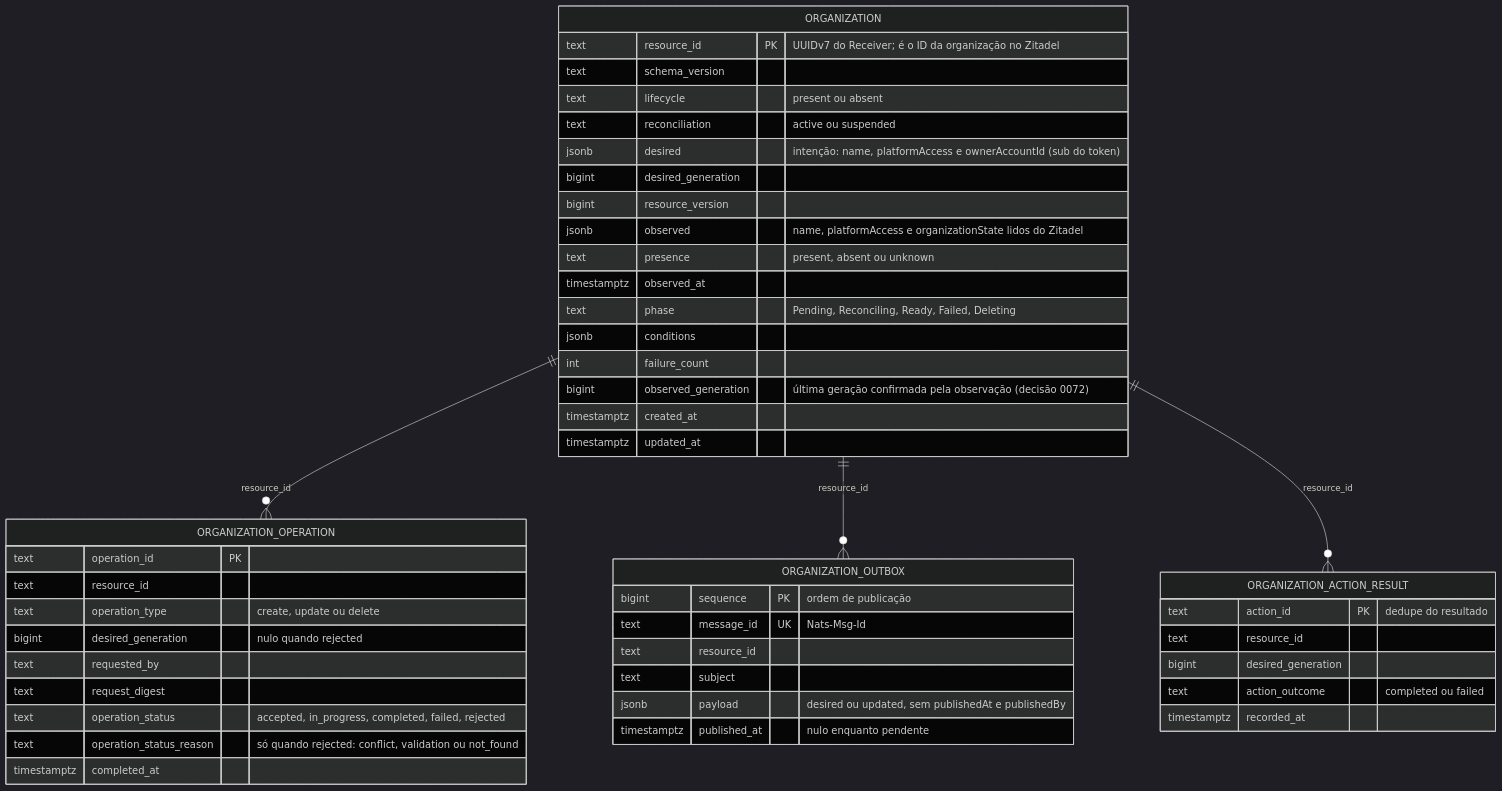
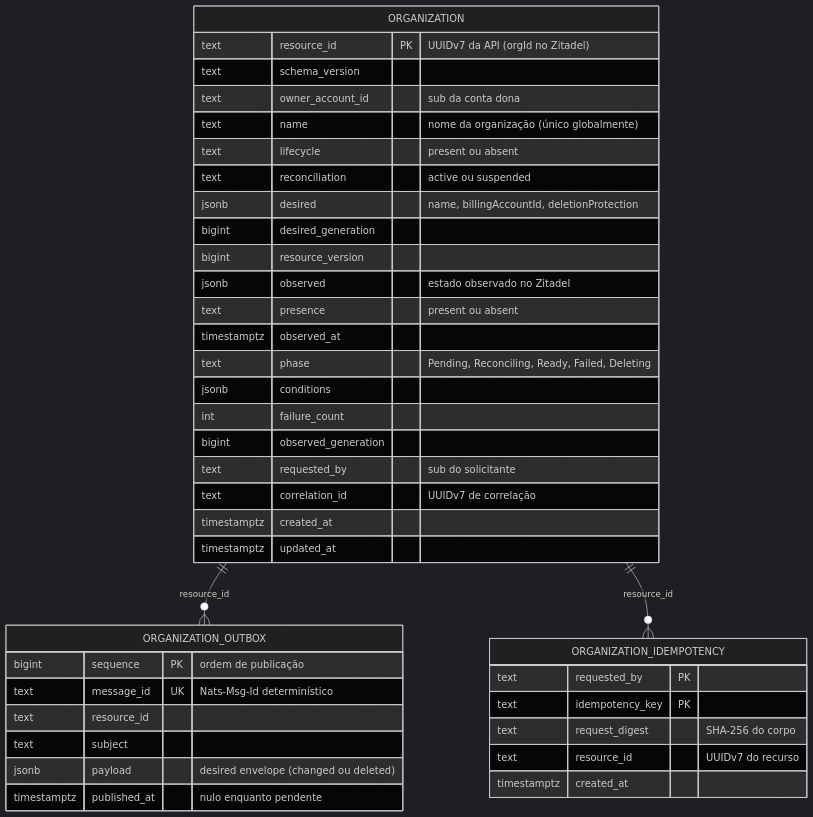
One commit to danielsabatini/smarkee changed the diagram in features/ipm/organization/docs/database/01-er-fisico.mmd. Above: the diagram before and after it, drawn with Mermaid (dark theme). The commit also changed 86 other files, not shown here.

Commit message:
docs(ipm): atualiza diagramas e fluxo de dados de organization, permission, user e serviceaccount

```diff
--- a/features/ipm/organization/docs/database/01-er-fisico.mmd
+++ b/features/ipm/organization/docs/database/01-er-fisico.mmd
@@ -1,49 +1,41 @@
 erDiagram
-    ORGANIZATION ||--o{ ORGANIZATION_OPERATION : "resource_id"
     ORGANIZATION ||--o{ ORGANIZATION_OUTBOX : "resource_id"
-    ORGANIZATION ||--o{ ORGANIZATION_ACTION_RESULT : "resource_id"
+    ORGANIZATION ||--o{ ORGANIZATION_IDEMPOTENCY : "resource_id"
 
     ORGANIZATION {
-        text resource_id PK "UUIDv7 do Receiver; é o ID da organização no Zitadel"
+        text resource_id PK "UUIDv7 da API (orgId no Zitadel)"
         text schema_version
+        text owner_account_id "sub da conta dona"
+        text name "nome da organização (único globalmente)"
         text lifecycle "present ou absent"
         text reconciliation "active ou suspended"
-        jsonb desired "intenção: name, platformAccess e ownerAccountId (sub do token)"
+        jsonb desired "name, billingAccountId, deletionProtection"
         bigint desired_generation
         bigint resource_version
-        jsonb observed "name, platformAccess e organizationState lidos do Zitadel"
-        text presence "present, absent ou unknown"
+        jsonb observed "estado observado no Zitadel"
+        text presence "present ou absent"
         timestamptz observed_at
         text phase "Pending, Reconciling, Ready, Failed, Deleting"
         jsonb conditions
         int failure_count
-        bigint observed_generation "última geração confirmada pela observação (decisão 0072)"
+        bigint observed_generation
+        text requested_by "sub do solicitante"
+        text correlation_id "UUIDv7 de correlação"
         timestamptz created_at
         timestamptz updated_at
     }
-    ORGANIZATION_OPERATION {
-        text operation_id PK
-        text resource_id
-        text operation_type "create, update ou delete"
-        bigint desired_generation "nulo quando rejected"
-        text requested_by
-        text request_digest
-        text operation_status "accepted, in_progress, completed, failed, rejected"
-        text operation_status_reason "só quando rejected: conflict, validation ou not_found"
-        timestamptz completed_at
-    }
     ORGANIZATION_OUTBOX {
         bigint sequence PK "ordem de publicação"
-        text message_id UK "Nats-Msg-Id"
+        text message_id UK "Nats-Msg-Id determinístico"
         text resource_id
         text subject
-        jsonb payload "desired ou updated, sem publishedAt e publishedBy"
+        jsonb payload "desired envelope (changed ou deleted)"
         timestamptz published_at "nulo enquanto pendente"
     }
-    ORGANIZATION_ACTION_RESULT {
-        text action_id PK "dedupe do resultado"
-        text resource_id
-        bigint desired_generation
-        text action_outcome "completed ou failed"
-        timestamptz recorded_at
+    ORGANIZATION_IDEMPOTENCY {
+        text requested_by PK
+        text idempotency_key PK
+        text request_digest "SHA-256 do corpo"
+        text resource_id "UUIDv7 do recurso"
+        timestamptz created_at
     }
```
